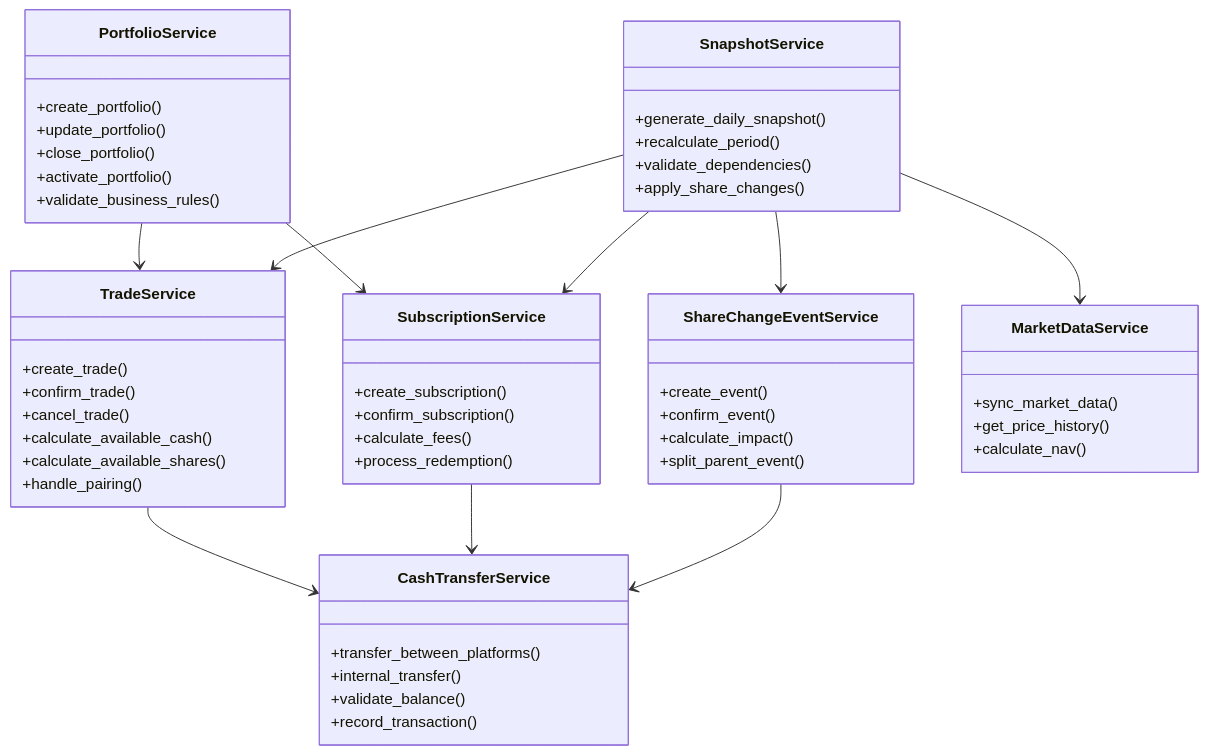
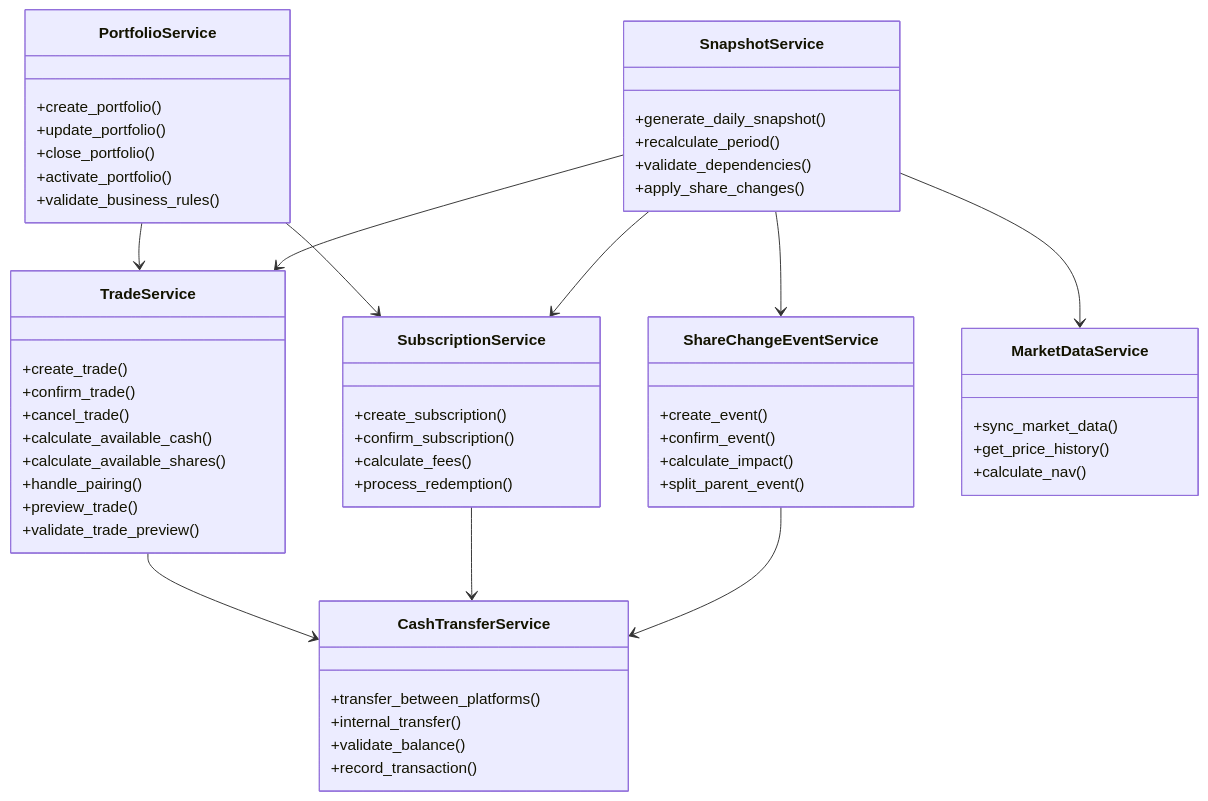
One commit to gujialind/InvestRing changed the second of 14 diagrams in .qoder/repowiki/zh/content/核心业务功能/核心业务功能.md. Above: the diagram before and after it, drawn with Mermaid. The commit also changed other lines of this file and 19 other files, not shown here.

````diff
--- a/.qoder/repowiki/zh/content/核心业务功能/核心业务功能.md
+++ b/.qoder/repowiki/zh/content/核心业务功能/核心业务功能.md
@@ -192,56 +193,58 @@
 ```mermaid
 classDiagram
 class PortfolioService {
 +create_portfolio()
 +update_portfolio()
 +close_portfolio()
 +activate_portfolio()
 +validate_business_rules()
 }
 class TradeService {
 +create_trade()
 +confirm_trade()
 +cancel_trade()
 +calculate_available_cash()
 +calculate_available_shares()
 +handle_pairing()
++preview_trade()
++validate_trade_preview()
 }
 class SubscriptionService {
 +create_subscription()
 +confirm_subscription()
 +calculate_fees()
 +process_redemption()
 }
 class CashTransferService {
 +transfer_between_platforms()
 +internal_transfer()
 +validate_balance()
 +record_transaction()
 }
 class ShareChangeEventService {
 +create_event()
 +confirm_event()
 +calculate_impact()
 +split_parent_event()
 }
 class SnapshotService {
 +generate_daily_snapshot()
 +recalculate_period()
 +validate_dependencies()
 +apply_share_changes()
 }
 class MarketDataService {
 +sync_market_data()
 +get_price_history()
 +calculate_nav()
 }
 PortfolioService --> TradeService
 PortfolioService --> SubscriptionService
 TradeService --> CashTransferService
 SubscriptionService --> CashTransferService
 ShareChangeEventService --> CashTransferService
 SnapshotService --> TradeService
 SnapshotService --> SubscriptionService
 SnapshotService --> ShareChangeEventService
 SnapshotService --> MarketDataService
 ```
````
